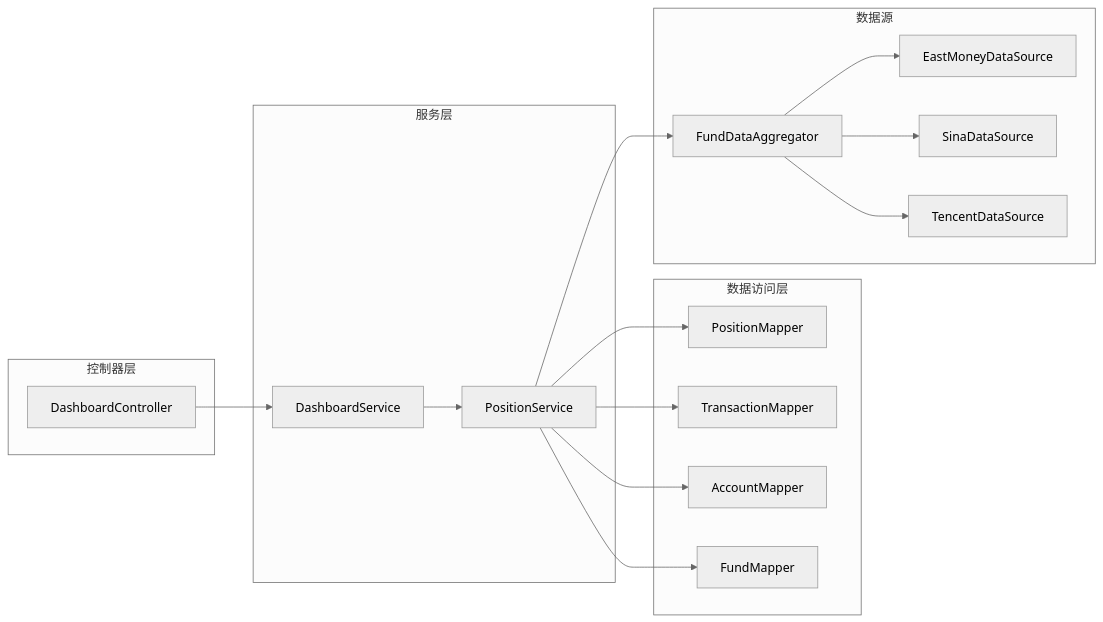
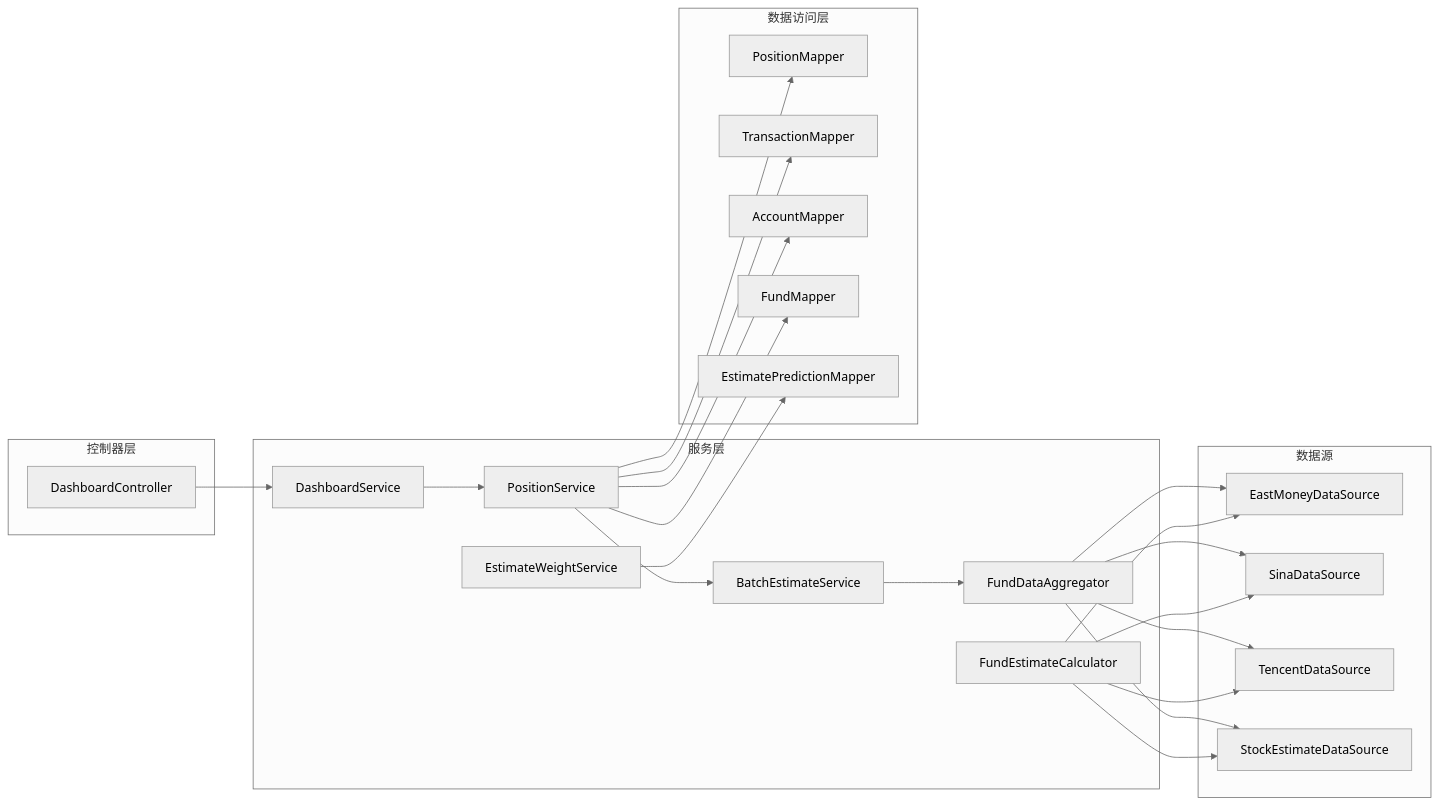
The tenth of 11 diagrams in .qoder/repowiki/zh/content/Dashboard Enhancement.md (gree-coder/fund-butler), drawn with Mermaid (neutral theme) before and after one commit. The commit also changed other lines of this file and 23 other files, not shown here.

````diff
--- a/.qoder/repowiki/zh/content/Dashboard Enhancement.md
+++ b/.qoder/repowiki/zh/content/Dashboard Enhancement.md
@@ -418,32 +471,44 @@
 ```mermaid
 graph LR
 subgraph "控制器层"
 DC[DashboardController]
 end
 subgraph "服务层"
 DS[DashboardService]
 PS[PositionService]
+BES[BatchEstimateService]
+FEC[FundEstimateCalculator]
+EWS[EstimateWeightService]
+FDA[FundDataAggregator]
 end
 subgraph "数据访问层"
 PM[PositionMapper]
 TM[TransactionMapper]
 AM[AccountMapper]
 FM[FundMapper]
+ENM[EstimatePredictionMapper]
 end
 subgraph "数据源"
-FDA[FundDataAggregator]
 ED[EastMoneyDataSource]
 SD[SinaDataSource]
 TD[TencentDataSource]
+SED[StockEstimateDataSource]
 end
 DC --> DS
 DS --> PS
 PS --> PM
 PS --> TM
 PS --> AM
 PS --> FM
-PS --> FDA
+PS --> BES
+BES --> FDA
 FDA --> ED
 FDA --> SD
 FDA --> TD
+FDA --> SED
+FEC --> ED
+FEC --> SD
+FEC --> TD
+FEC --> SED
+EWS --> ENM
 ```
````
